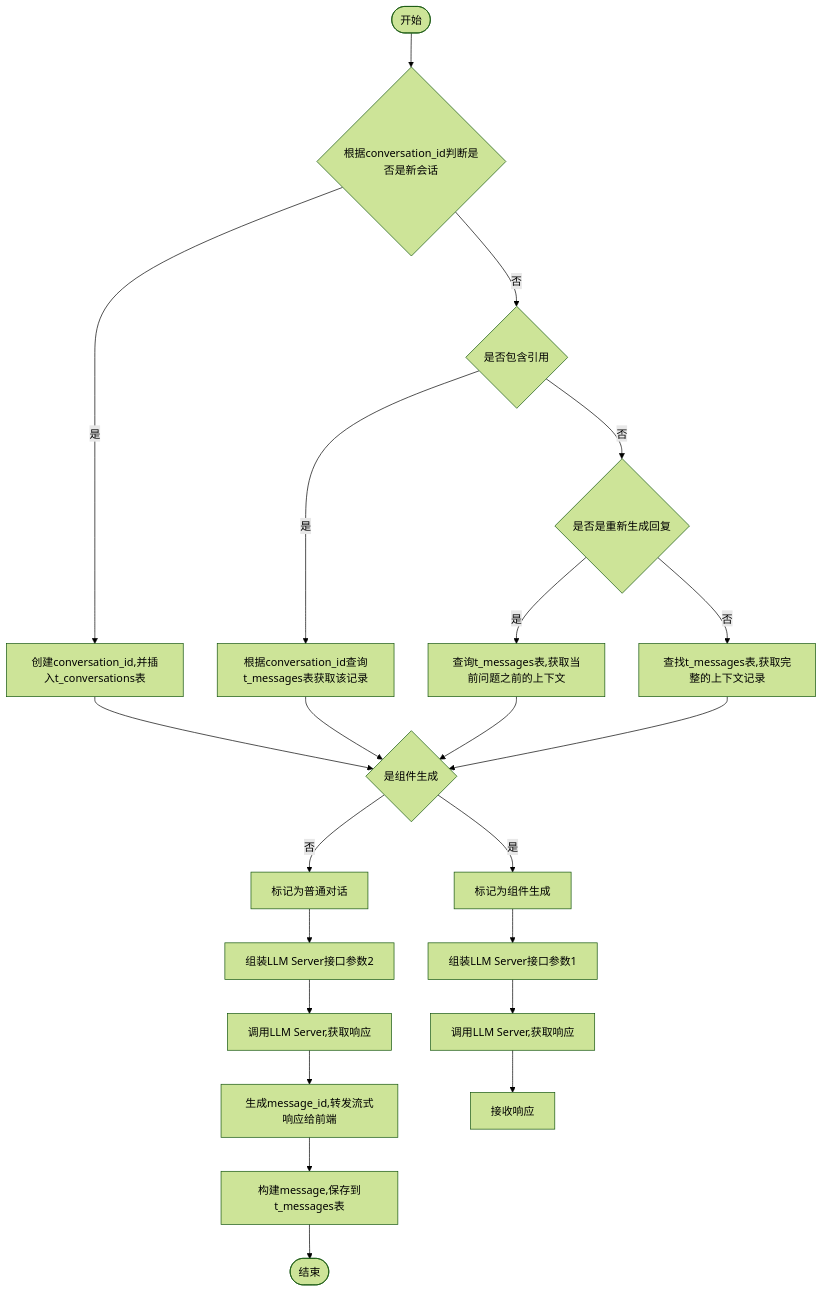
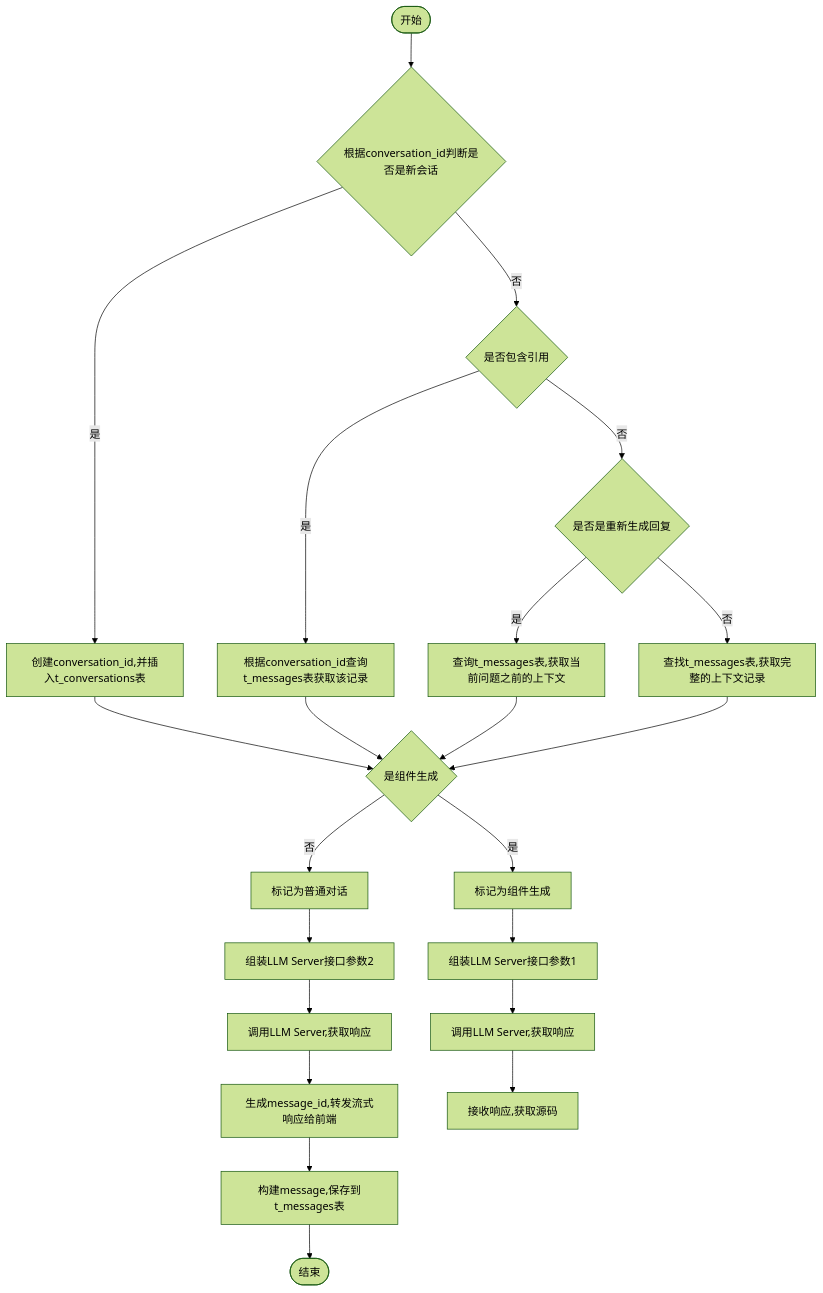
Before and after one commit to yingjianzh/iodraw-files: the diagram in all/未命名-7.md, drawn with Mermaid (forest theme).

Commit message:
2024-10-12 14:34:57 update

````diff
--- a/all/未命名-7.md
+++ b/all/未命名-7.md
@@ -1,27 +1,27 @@
 ```mermaid
 flowchart TD
     A([开始]) --> B{根据conversation_id判断是否是新会话}
     B -- 是 --> C[创建conversation_id,并插入t_conversations表]
     B -- 否 --> D{是否包含引用}
     D -- 是 --> E[根据conversation_id查询t_messages表获取该记录]
     D -- 否 --> F{是否是重新生成回复}
     F -- 是 --> G[查询t_messages表,获取当前问题之前的上下文]
     F -- 否 --> H[查找t_messages表,获取完整的上下文记录]
      
     C & E & G & H --> I{是组件生成}
     I -- 是 --> J[标记为组件生成]
     I -- 否 --> K[标记为普通对话]
 
     J --> L[组装LLM Server接口参数1]    
     K --> M[组装LLM Server接口参数2]    
     M --> N[调用LLM Server,获取响应]    
     N --> O[生成message_id,转发流式响应给前端]
     O --> P[构建message,保存到t_messages表]
     P --> R([结束])
 
 
     L --> S[调用LLM Server,获取响应]
-    S --> T[接收响应]
+    S --> T[接收响应,获取源码]
 
 
 ```
````
